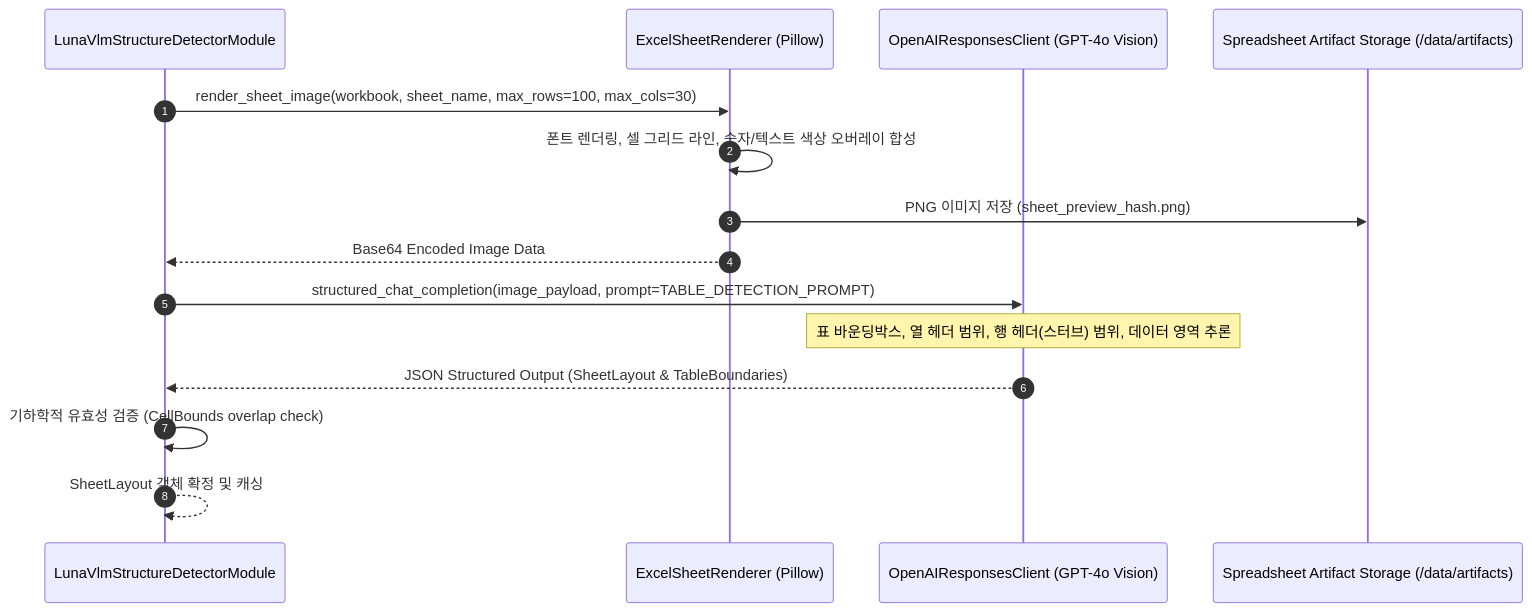
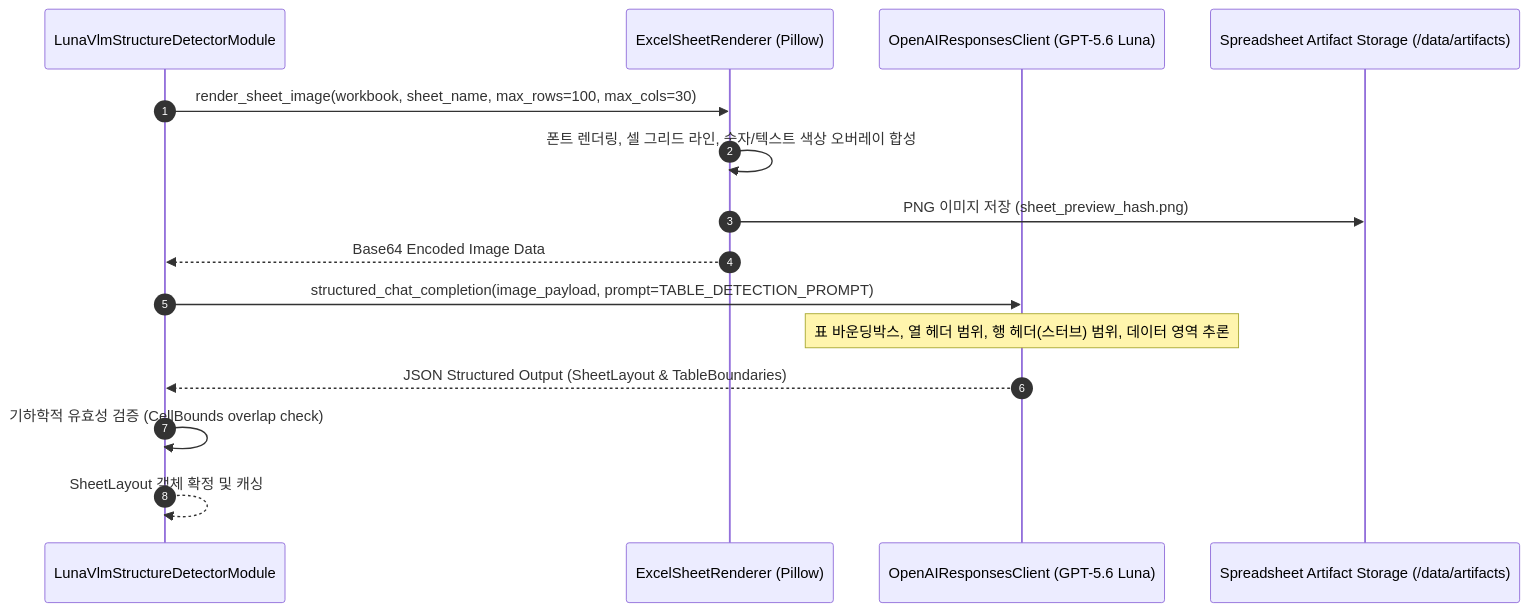
The first of 2 diagrams in docs/02_data_engine_blueprints/BP-202_luna_vlm_vision_detector.md (bist-mini-final/bist-mini-final), drawn with Mermaid before and after one commit. The commit also changed other lines of this file and 5 other files, not shown here.

Commit message:
docs: update model specifications to GPT-5.6 Luna across all blueprints

````diff
--- a/docs/02_data_engine_blueprints/BP-202_luna_vlm_vision_detector.md
+++ b/docs/02_data_engine_blueprints/BP-202_luna_vlm_vision_detector.md
@@ -11,20 +11,20 @@
 ```mermaid
 sequenceDiagram
     autonumber
     participant Parser as LunaVlmStructureDetectorModule
     participant Renderer as ExcelSheetRenderer (Pillow)
-    participant VLM as OpenAIResponsesClient (GPT-4o Vision)
+    participant VLM as OpenAIResponsesClient (GPT-5.6 Luna)
     participant Disk as Spreadsheet Artifact Storage (/data/artifacts)
 
     Parser->>Renderer: render_sheet_image(workbook, sheet_name, max_rows=100, max_cols=30)
     Renderer->>Renderer: 폰트 렌더링, 셀 그리드 라인, 숫자/텍스트 색상 오버레이 합성
     Renderer->>Disk: PNG 이미지 저장 (sheet_preview_hash.png)
     Renderer-->>Parser: Base64 Encoded Image Data
 
     Parser->>VLM: structured_chat_completion(image_payload, prompt=TABLE_DETECTION_PROMPT)
     Note over VLM: 표 바운딩박스, 열 헤더 범위, 행 헤더(스터브) 범위, 데이터 영역 추론
     VLM-->>Parser: JSON Structured Output (SheetLayout & TableBoundaries)
 
     Parser->>Parser: 기하학적 유효성 검증 (CellBounds overlap check)
     Parser-->>Parser: SheetLayout 객체 확정 및 캐싱
 ```
````
